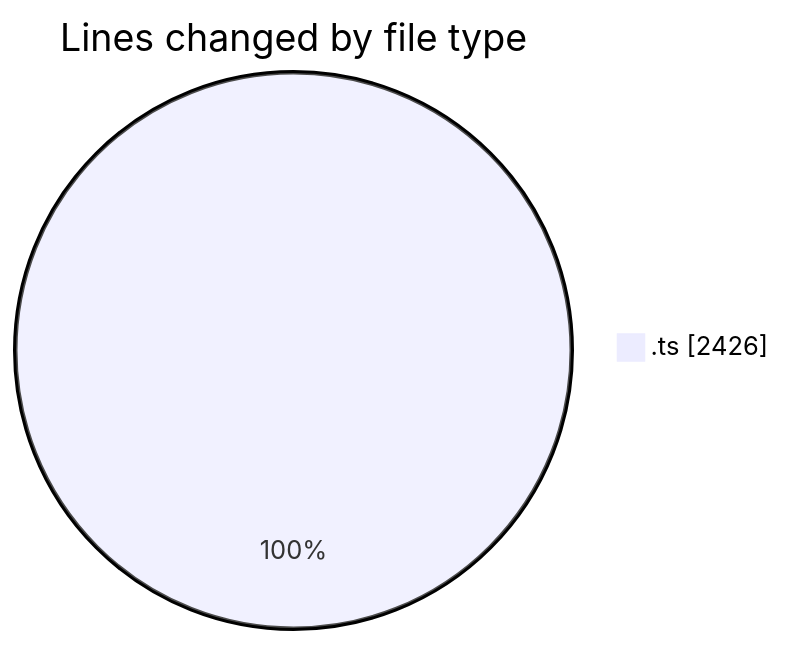
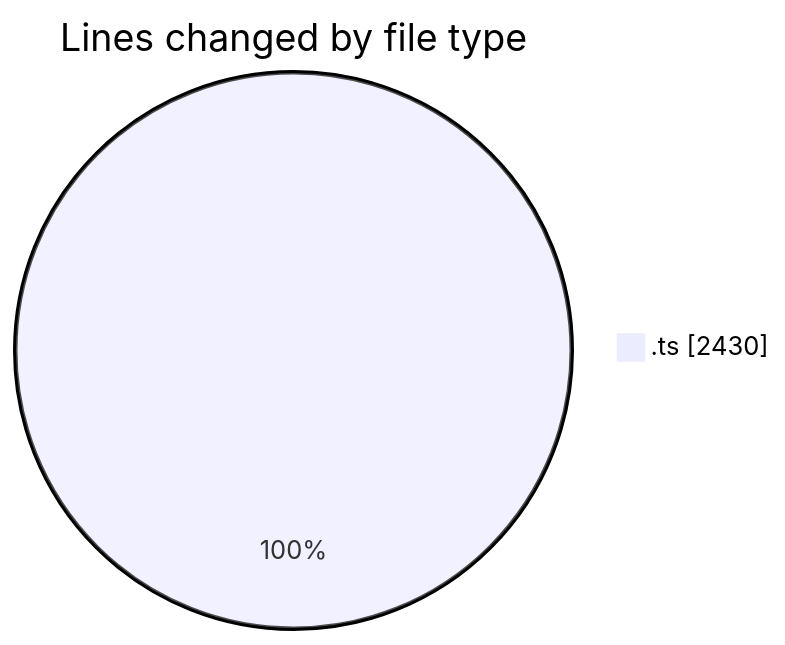
The first of 2 diagrams in 2026-02-07/singularitybrainai/README.md (tmsrecording-cyber/code-tracking), drawn with Mermaid before and after one commit. The commit also changed other lines of this file and 1 other file, not shown here.

````diff
--- a/2026-02-07/singularitybrainai/README.md
+++ b/2026-02-07/singularitybrainai/README.md
@@ -23,5 +23,5 @@
 ```mermaid
 pie showData
 title Lines changed by file type
-".ts" : 2426
+".ts" : 2430
 ```
````
